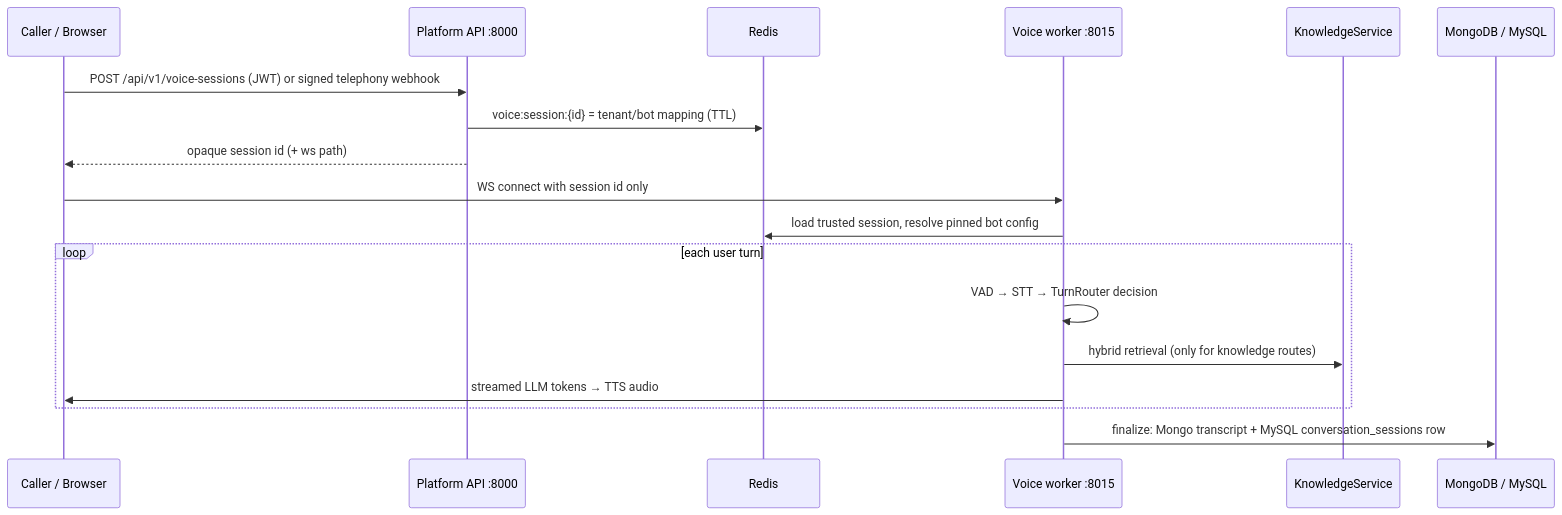
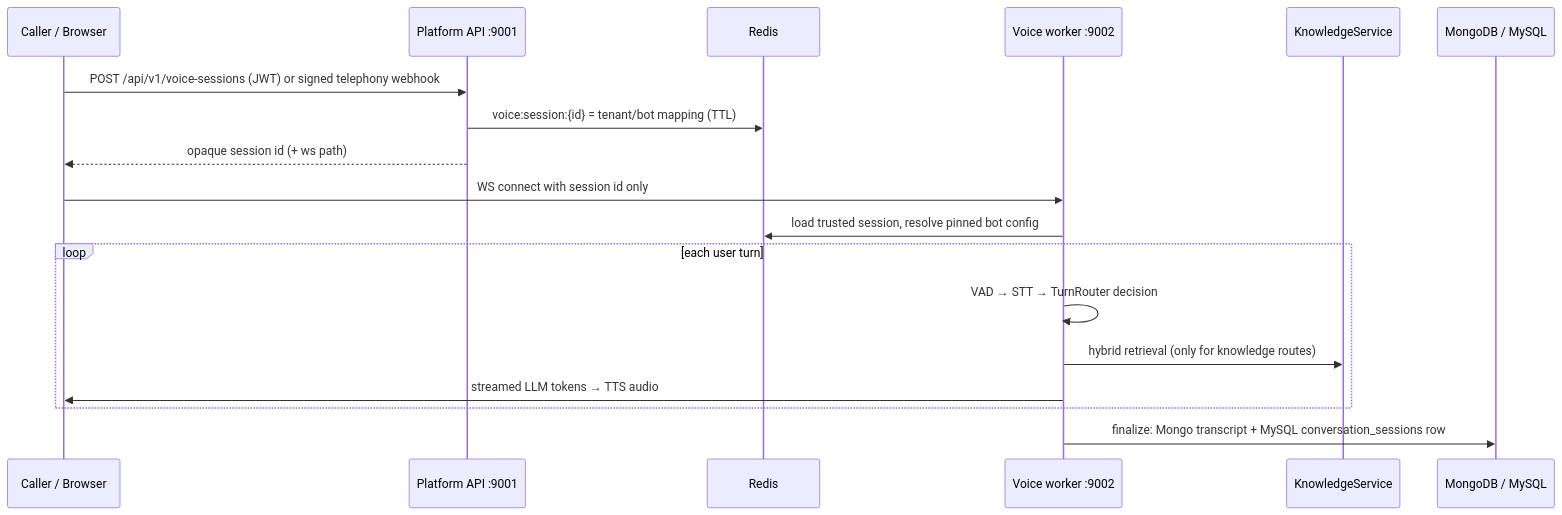
One commit to gituser18synthora/EchoSphere changed the second of 2 diagrams in docs/ARCHITECTURE.md. Above: the diagram before and after it, drawn with Mermaid. The commit also changed other lines of this file and 57 other files, not shown here.

````diff
--- a/docs/ARCHITECTURE.md
+++ b/docs/ARCHITECTURE.md
@@ -107,21 +107,21 @@
 ```mermaid
 sequenceDiagram
     participant C as Caller / Browser
-    participant API as Platform API :8000
+    participant API as Platform API :9001
     participant R as Redis
-    participant VW as Voice worker :8015
+    participant VW as Voice worker :9002
     participant K as KnowledgeService
     participant M as MongoDB / MySQL
 
     C->>API: POST /api/v1/voice-sessions (JWT) or signed telephony webhook
     API->>R: voice:session:{id} = tenant/bot mapping (TTL)
     API-->>C: opaque session id (+ ws path)
     C->>VW: WS connect with session id only
     VW->>R: load trusted session, resolve pinned bot config
     loop each user turn
         VW->>VW: VAD → STT → TurnRouter decision
         VW->>K: hybrid retrieval (only for knowledge routes)
         VW->>C: streamed LLM tokens → TTS audio
     end
     VW->>M: finalize: Mongo transcript + MySQL conversation_sessions row
 ```
````
